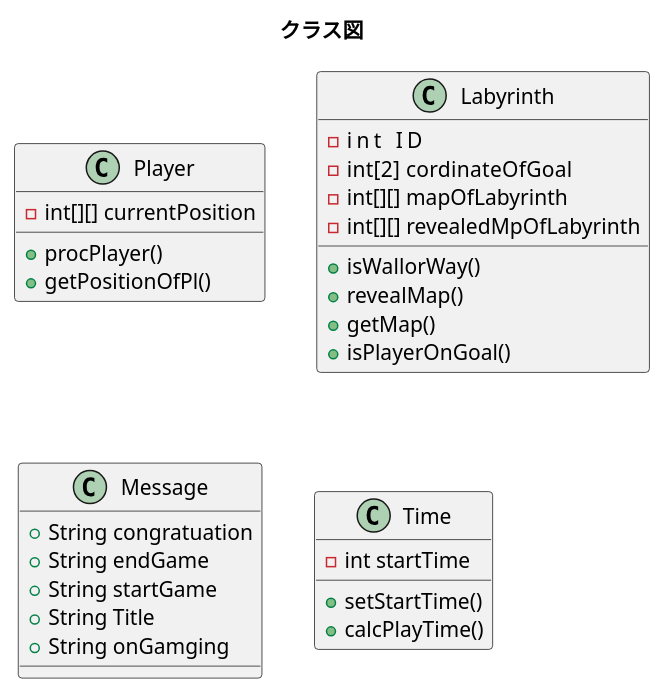
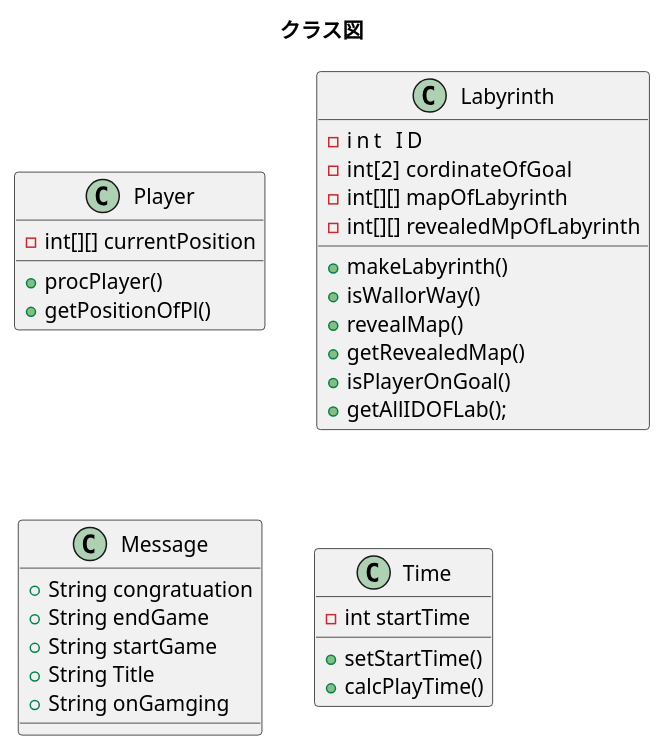
Before and after one commit to horiyoshihiro/LabyrinthGame: the diagram in Doc/class.pu, drawn with PlantUML.

Commit message:
コミット忘れ分

```diff
--- a/Doc/class.pu
+++ b/Doc/class.pu
@@ -1,33 +1,35 @@
 @startuml
 title クラス図
 
 class Player {
     -int[][] currentPosition
     +procPlayer()
     +getPositionOfPl()
 }
 class Labyrinth {
     -int     ID
     -int[2]  cordinateOfGoal
     -int[][] mapOfLabyrinth
     -int[][] revealedMpOfLabyrinth
+    +makeLabyrinth()
     +isWallorWay()
     +revealMap()
-    +getMap()
+    +getRevealedMap()
     +isPlayerOnGoal()
+    +getAllIDOFLab();
 }
 class Message {
     +String congratuation
     +String endGame
     +String startGame
     +String Title
     +String onGamging
 }
 class Time {
     -int startTime
     +setStartTime()
     +calcPlayTime()
 }
 
 
 @enduml
```
